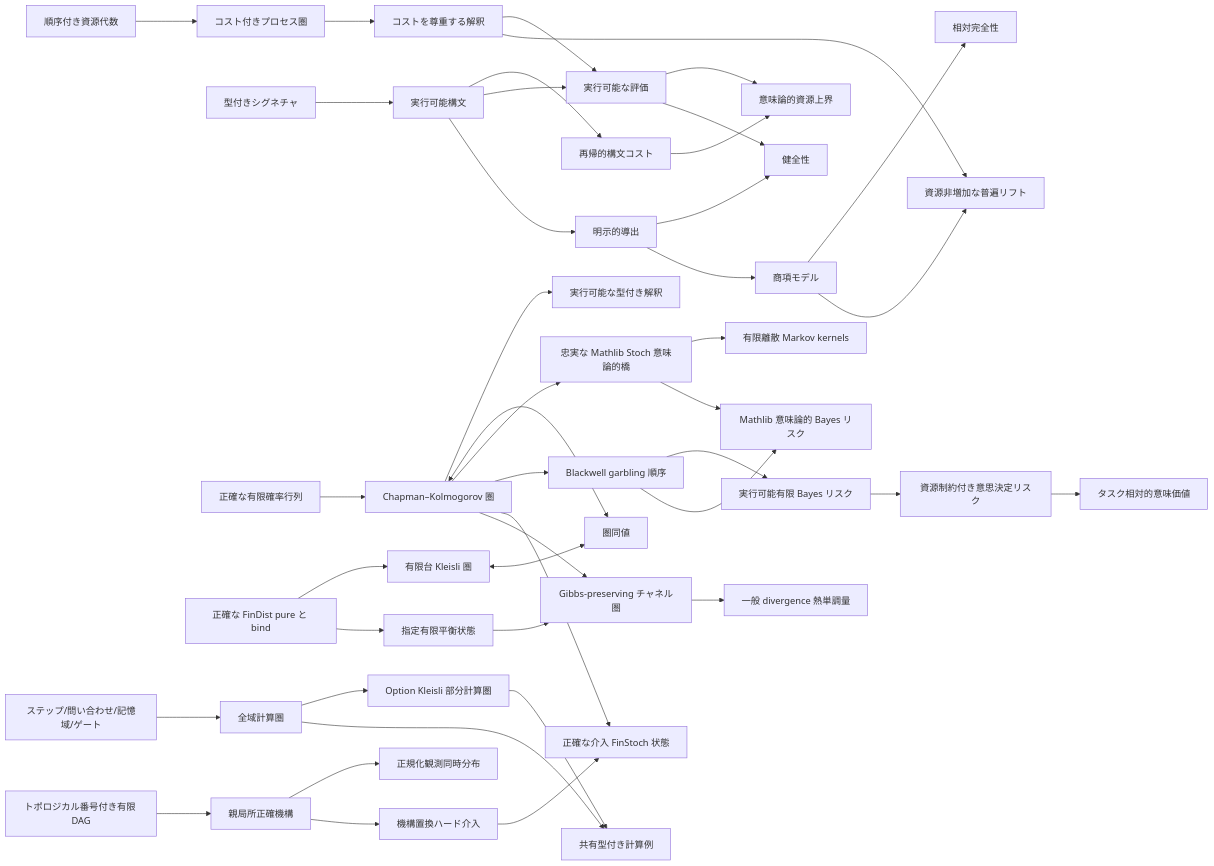
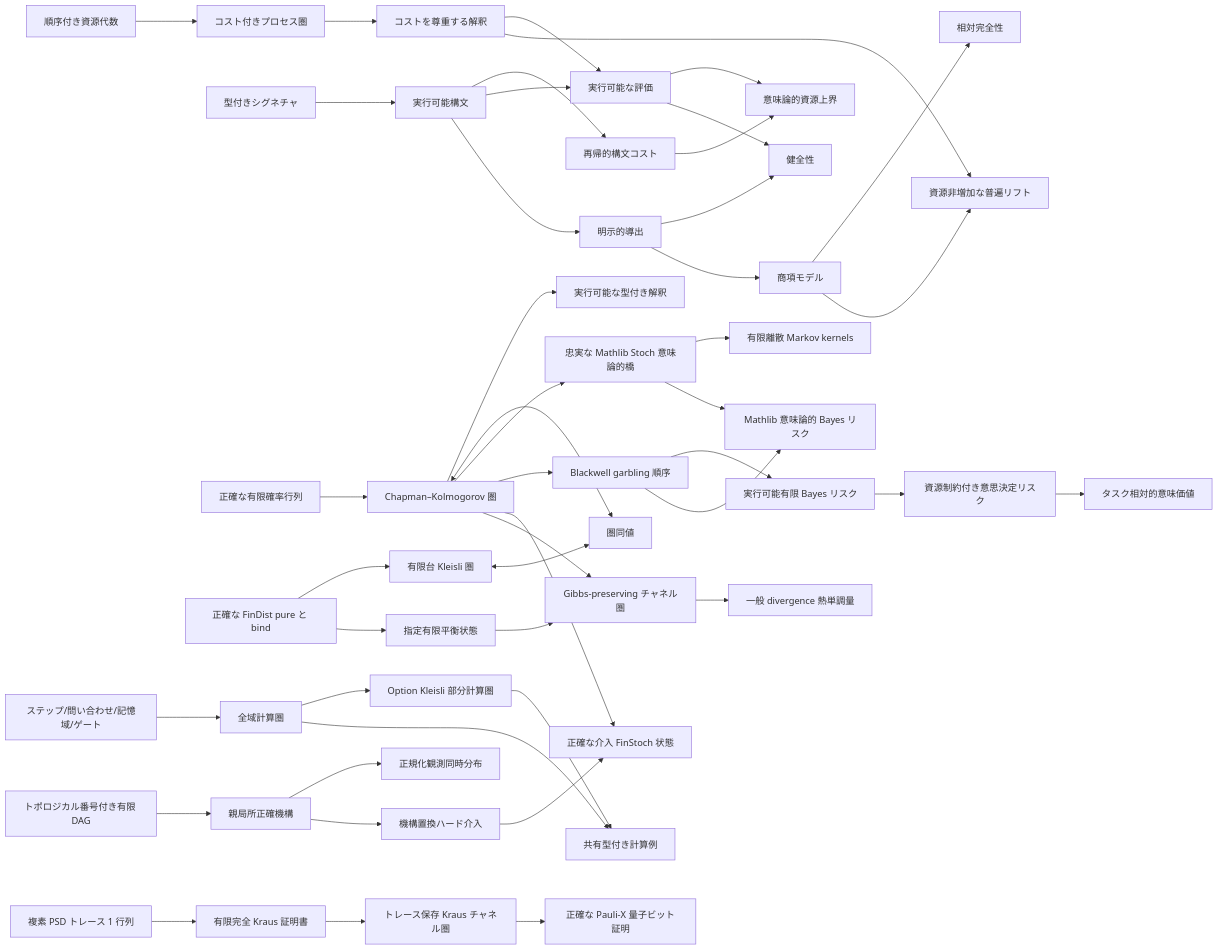
Before and after one commit to miuchan/ript: the diagram in docs/README.ja.md, drawn with Mermaid. The commit also changed other lines of this file and 12 other files, not shown here.

````diff
--- a/docs/README.ja.md
+++ b/docs/README.ja.md
@@ -414,44 +454,47 @@
 ```mermaid
 flowchart LR
   R["順序付き資源代数"] --> C["コスト付きプロセス圏"]
   S["型付きシグネチャ"] --> X["実行可能構文"]
   X --> K["再帰的構文コスト"]
   C --> I["コストを尊重する解釈"]
   X --> E["実行可能な評価"]
   I --> E
   K --> B["意味論的資源上界"]
   E --> B
   X --> D["明示的導出"]
   D --> SO["健全性"]
   E --> SO
   D --> T["商項モデル"]
   T --> CO["相対完全性"]
   I --> U["資源非増加な普遍リフト"]
   T --> U
   F["正確な有限確率行列"] --> CK["Chapman–Kolmogorov 圏"]
   CK --> EX["実行可能な型付き解釈"]
   FD["正確な FinDist pure と bind"] --> KL["有限台 Kleisli 圏"]
   CK <--> EQ["圏同値"]
   KL <--> EQ
   CK --> ST["忠実な Mathlib Stoch 意味論的橋"]
   ST --> MT["有限離散 Markov kernels"]
   CK --> BW["Blackwell garbling 順序"]
   ST --> SB["Mathlib 意味論的 Bayes リスク"]
   BW --> FR["実行可能有限 Bayes リスク"]
   FR --> RR["資源制約付き意思決定リスク"]
   RR --> SV["タスク相対的意味価値"]
   BW --> SB
   CR["ステップ/問い合わせ/記憶域/ゲート"] --> TC["全域計算圏"]
   TC --> PC["Option Kleisli 部分計算圏"]
   TC --> CE["共有型付き計算例"]
   PC --> CE
   DAG["トポロジカル番号付き有限 DAG"] --> CM["親局所正確機構"]
   CM --> OJ["正規化観測同時分布"]
   CM --> DO["機構置換ハード介入"]
   DO --> IS["正確な介入 FinStoch 状態"]
   CK --> IS
   FD --> TE["指定有限平衡状態"]
   CK --> GP["Gibbs-preserving チャネル圏"]
   TE --> GP
   GP --> TM["一般 divergence 熱単調量"]
+  QB["複素 PSD トレース 1 行列"] --> QK["有限完全 Kraus 証明書"]
+  QK --> QC["トレース保存 Kraus チャネル圏"]
+  QC --> QX["正確な Pauli-X 量子ビット証明"]
 ```
````
